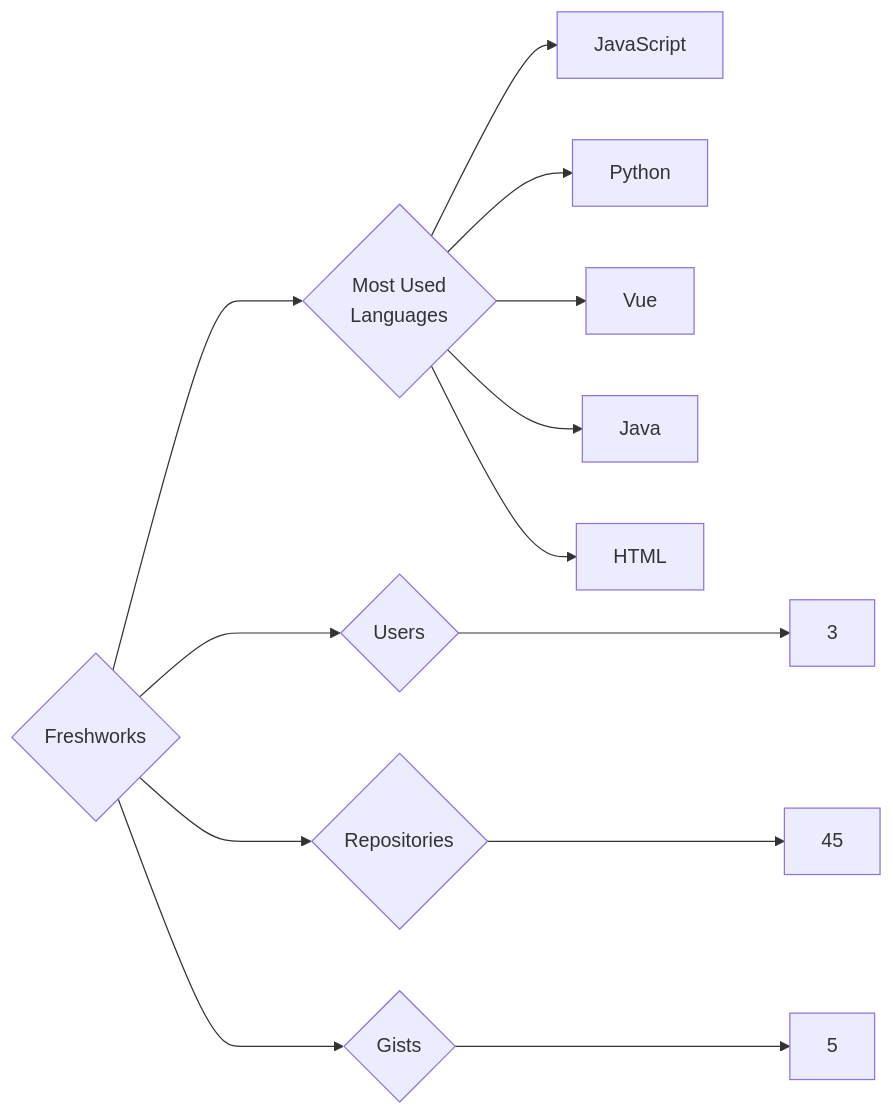
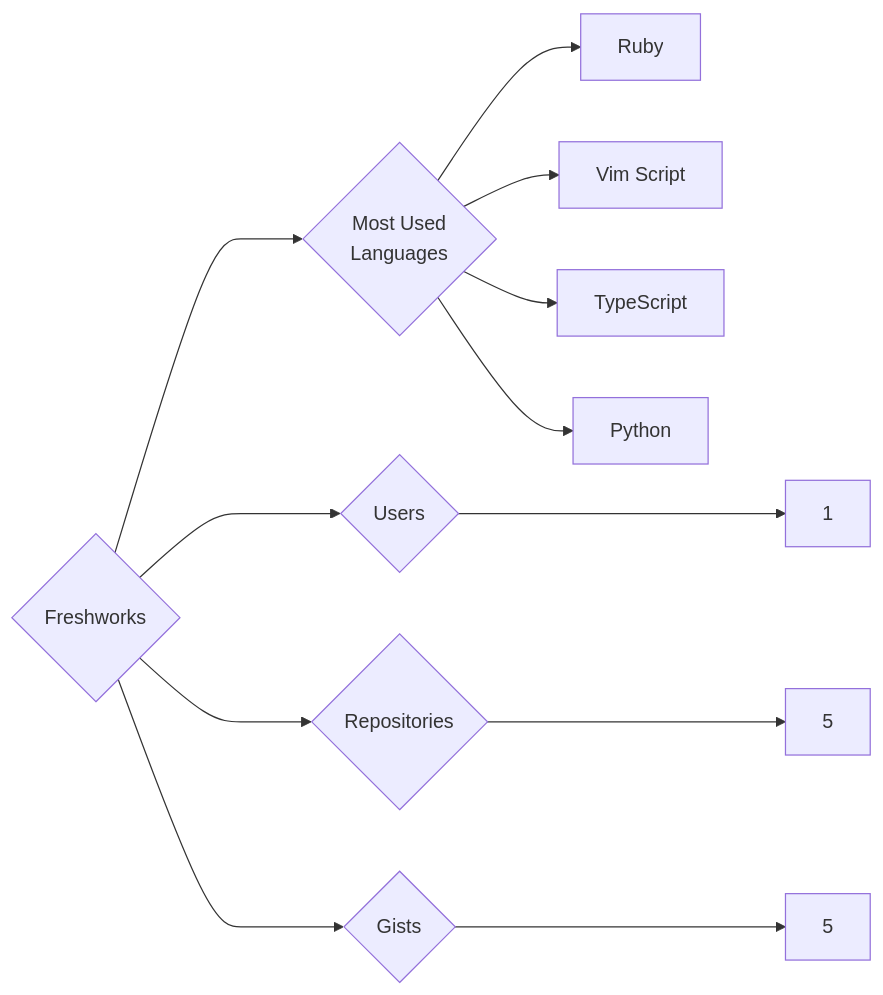
One commit to trickest/insiders changed the diagram in targets/Freshworks/README.md. Above: the diagram before and after it, drawn with Mermaid. The commit also changed 865 other files, not shown here.

````diff
--- a/targets/Freshworks/README.md
+++ b/targets/Freshworks/README.md
@@ -3,13 +3,12 @@
 ```mermaid
 graph LR
 COMPANY_NAME{Freshworks}
-COMPANY_NAME ---> U{Users} ---> UN[3]
-COMPANY_NAME ---> R{Repositories} ---> RN[45]
+COMPANY_NAME ---> U{Users} ---> UN[1]
+COMPANY_NAME ---> R{Repositories} ---> RN[5]
 COMPANY_NAME ---> G{Gists} ---> GN[5]
 COMPANY_NAME ---> ML{Most Used<br>Languages}
-ML --> JavaScript[JavaScript]
+ML --> Ruby[Ruby]
+ML --> Vim_Script[Vim Script]
+ML --> TypeScript[TypeScript]
 ML --> Python[Python]
-ML --> Vue[Vue]
-ML --> Java[Java]
-ML --> HTML[HTML]
 ```
````
